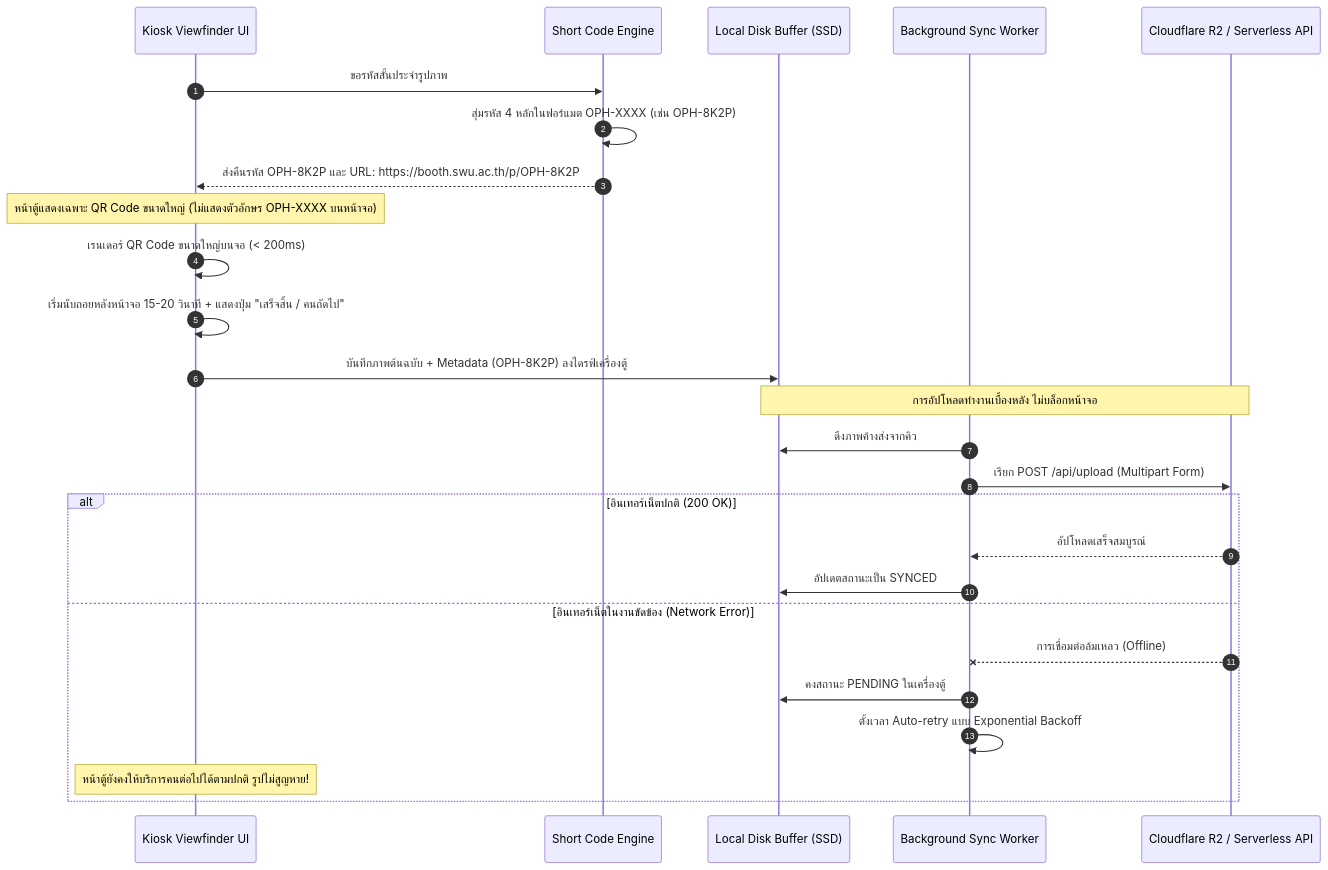
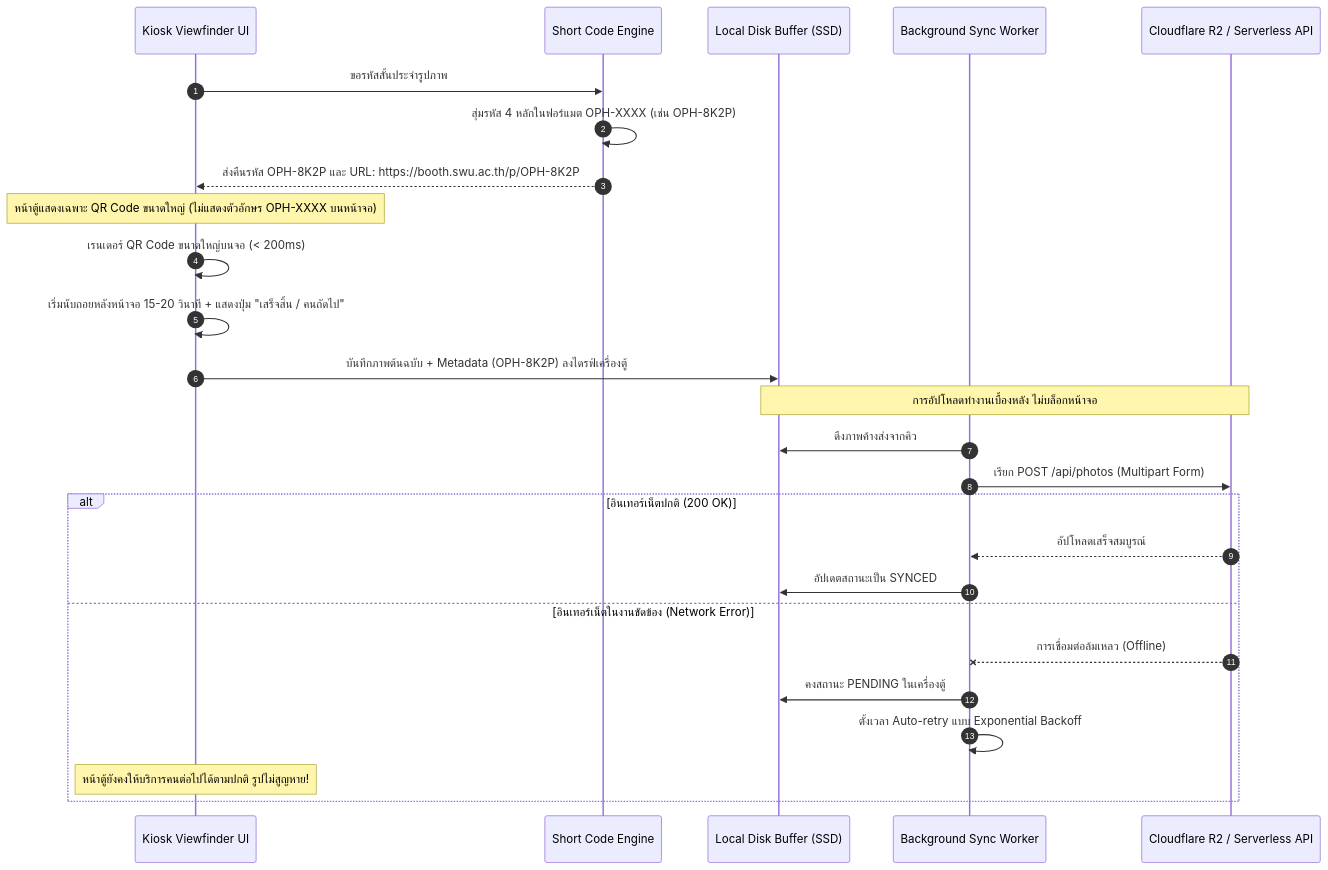
One commit to icelandz9/swu-openhouse changed the tenth of 13 diagrams in docs/task01-requirements/architecture-and-sequence-flow.md. Above: the diagram before and after it, drawn with Mermaid. The commit also changed other lines of this file and 18 other files, not shown here.

````diff
--- a/docs/task01-requirements/architecture-and-sequence-flow.md
+++ b/docs/task01-requirements/architecture-and-sequence-flow.md
@@ -374,32 +374,32 @@
 ```mermaid
 sequenceDiagram
     autonumber
     participant UI as Kiosk Viewfinder UI
     participant CodeEngine as Short Code Engine
     participant LocalDB as Local Disk Buffer (SSD)
     participant SyncWorker as Background Sync Worker
     participant CloudAPI as Cloudflare R2 / Serverless API
 
     UI->>CodeEngine: ขอรหัสสั้นประจำรูปภาพ
     CodeEngine->>CodeEngine: สุ่มรหัส 4 หลักในฟอร์แมต OPH-XXXX (เช่น OPH-8K2P)
     CodeEngine-->>UI: ส่งคืนรหัส OPH-8K2P และ URL: https://booth.swu.ac.th/p/OPH-8K2P
 
     Note over UI: หน้าตู้แสดงเฉพาะ QR Code ขนาดใหญ่ (ไม่แสดงตัวอักษร OPH-XXXX บนหน้าจอ)
     UI->>UI: เรนเดอร์ QR Code ขนาดใหญ่บนจอ (< 200ms)
     UI->>UI: เริ่มนับถอยหลังหน้าจอ 15-20 วินาที + แสดงปุ่ม "เสร็จสิ้น / คนถัดไป"
     UI->>LocalDB: บันทึกภาพต้นฉบับ + Metadata (OPH-8K2P) ลงไดรฟ์เครื่องตู้
 
     Note over LocalDB,CloudAPI: การอัปโหลดทำงานเบื้องหลัง ไม่บล็อกหน้าจอ
     SyncWorker->>LocalDB: ดึงภาพค้างส่งจากคิว
-    SyncWorker->>CloudAPI: เรียก POST /api/upload (Multipart Form)
+    SyncWorker->>CloudAPI: เรียก POST /api/photos (Multipart Form)
 
     alt อินเทอร์เน็ตปกติ (200 OK)
         CloudAPI-->>SyncWorker: อัปโหลดเสร็จสมบูรณ์
         SyncWorker->>LocalDB: อัปเดตสถานะเป็น SYNCED
     else อินเทอร์เน็ตในงานขัดข้อง (Network Error)
         CloudAPI--xSyncWorker: การเชื่อมต่อล้มเหลว (Offline)
         SyncWorker->>LocalDB: คงสถานะ PENDING ในเครื่องตู้
         SyncWorker->>SyncWorker: ตั้งเวลา Auto-retry แบบ Exponential Backoff
         Note over UI: หน้าตู้ยังคงให้บริการคนต่อไปได้ตามปกติ รูปไม่สูญหาย!
     end
 ```
````
